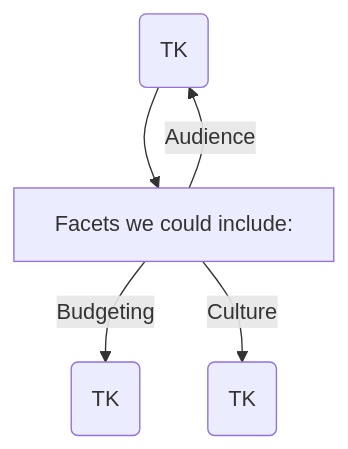
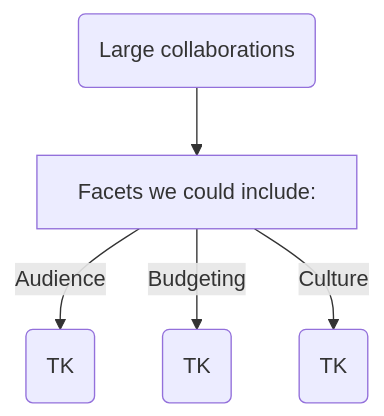
Before and after one commit to tiffehr/collaboration-capstone: the fourth of 4 diagrams in docs/README.md, drawn with Mermaid. The commit also changed other lines of this file, not shown here.

Commit message:
cleanup initial IDs on chart tops, v2

```diff
--- a/docs/README.md
+++ b/docs/README.md
@@ -68,7 +68,7 @@
 <div class="mermaid">
 graph TD
-  A{{"Large" collaborations}} --> F[Facets we could include:]
+  LG("Large" collaborations) --> F[Facets we could include:]
     F --> |Audience| A(TK)
     F --> |Budgeting| B(TK)
     F --> |Culture| C(TK)
 </div>
```
